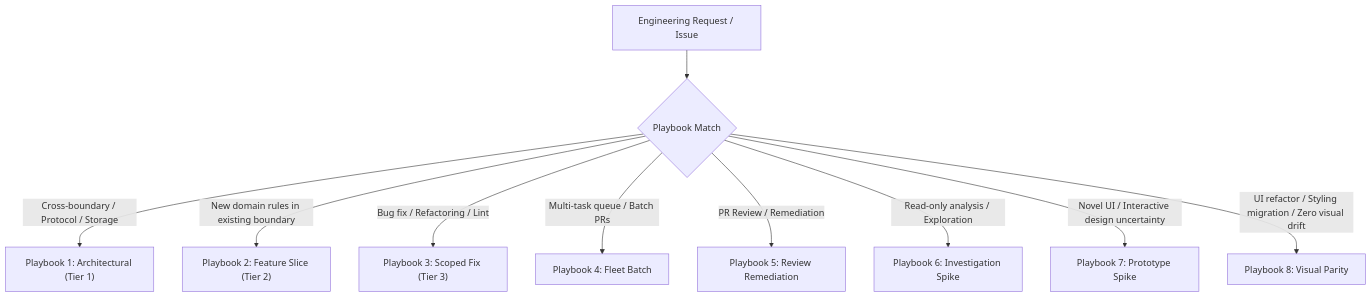
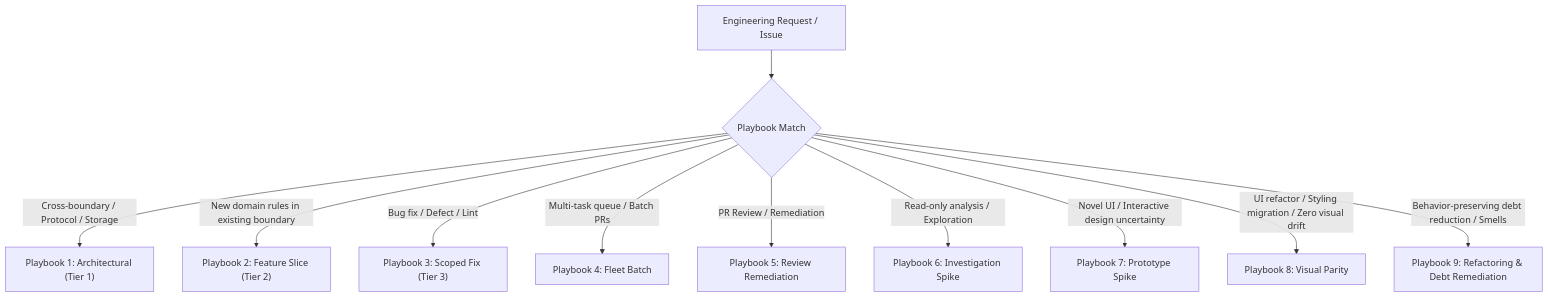
Before and after one commit to sirius-cc-wu/sirius-skills: the diagram in skills/tech-lead/SKILL.md, drawn with Mermaid. The commit also changed other lines of this file, not shown here.

Commit message:
docs(tech-lead): codify Playbook 9 Behavior-Preserving Refactoring (ADR-006)

````diff
--- a/skills/tech-lead/SKILL.md
+++ b/skills/tech-lead/SKILL.md
@@ -47,12 +47,13 @@
 ```mermaid
 flowchart TD
     Prompt["Engineering Request / Issue"] --> Triage{"Playbook Match"}
     Triage -->|Cross-boundary / Protocol / Storage| PB1["Playbook 1: Architectural (Tier 1)"]
     Triage -->|New domain rules in existing boundary| PB2["Playbook 2: Feature Slice (Tier 2)"]
-    Triage -->|Bug fix / Refactoring / Lint| PB3["Playbook 3: Scoped Fix (Tier 3)"]
+    Triage -->|Bug fix / Defect / Lint| PB3["Playbook 3: Scoped Fix (Tier 3)"]
     Triage -->|Multi-task queue / Batch PRs| PB4["Playbook 4: Fleet Batch"]
     Triage -->|PR Review / Remediation| PB5["Playbook 5: Review Remediation"]
     Triage -->|Read-only analysis / Exploration| PB6["Playbook 6: Investigation Spike"]
     Triage -->|Novel UI / Interactive design uncertainty| PB7["Playbook 7: Prototype Spike"]
     Triage -->|UI refactor / Styling migration / Zero visual drift| PB8["Playbook 8: Visual Parity"]
+    Triage -->|Behavior-preserving debt reduction / Smells| PB9["Playbook 9: Refactoring & Debt Remediation"]
 ```
````
